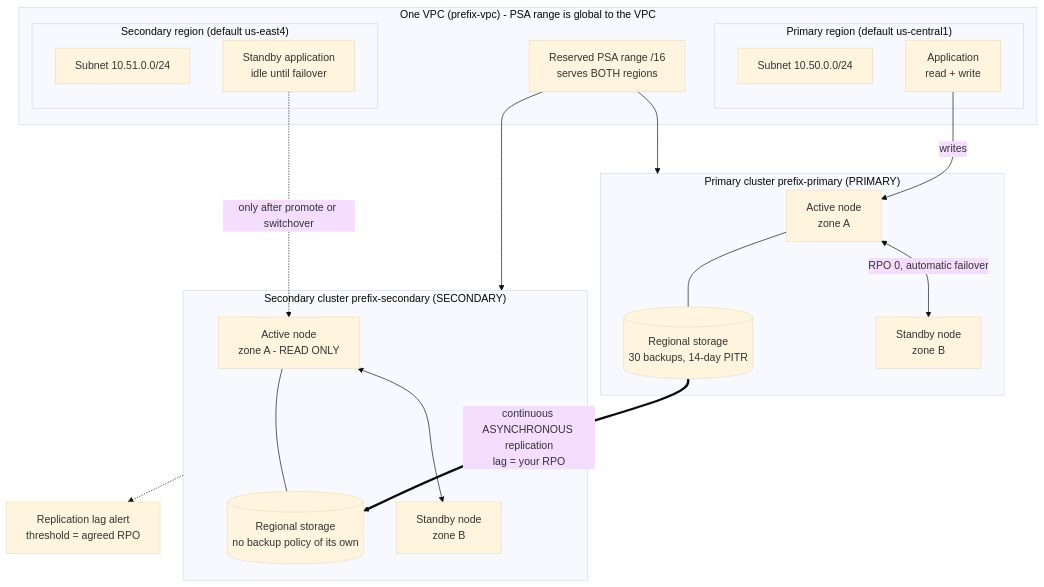
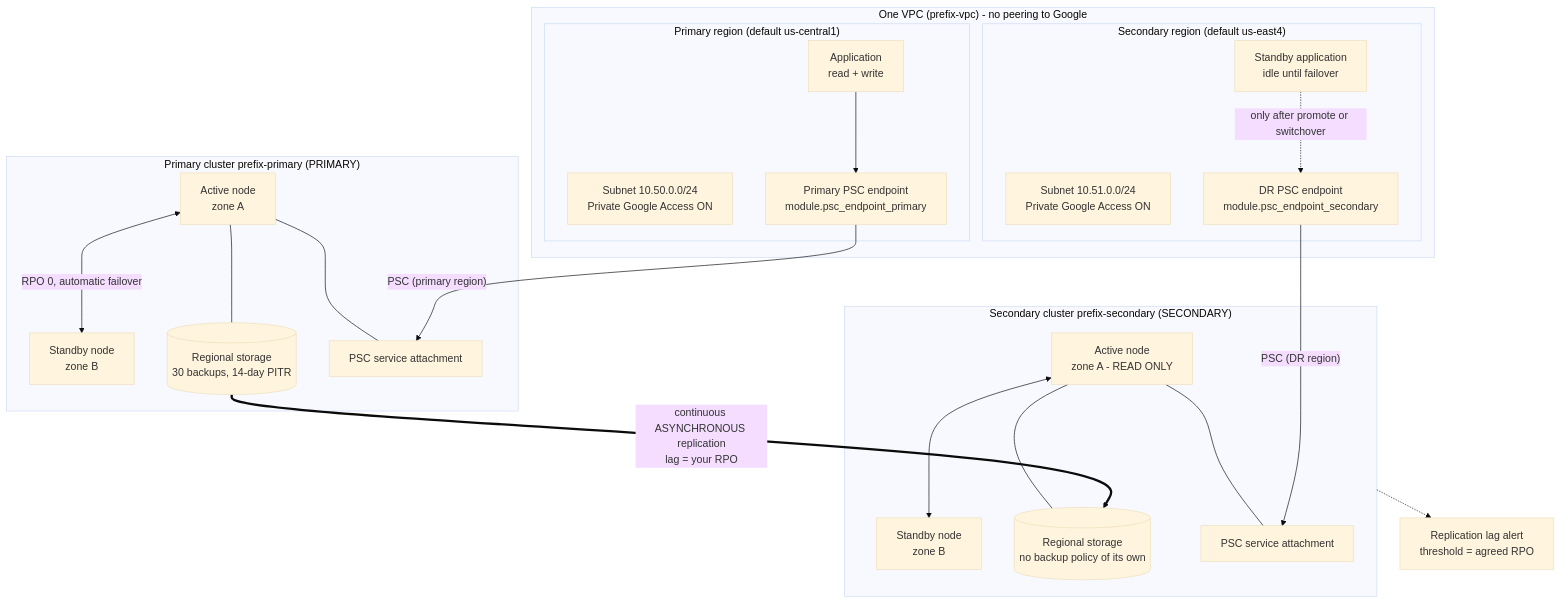
Before and after one commit to kkmbryan/alloydb-sharing-workshop: the diagram in terraform/examples/05-cross-region-dr/README.md, drawn with Mermaid (base theme). The commit also changed other lines of this file and 36 other files, not shown here.

First line of the commit message:
Standardise all Terraform examples and documentation on Private Service Connect

````diff
--- a/terraform/examples/05-cross-region-dr/README.md
+++ b/terraform/examples/05-cross-region-dr/README.md
@@ -54,39 +63,44 @@
 ```mermaid
 flowchart TB
-  subgraph vpc["One VPC (prefix-vpc) - PSA range is global to the VPC"]
+  subgraph vpc["One VPC (prefix-vpc) - no peering to Google"]
     subgraph r1["Primary region (default us-central1)"]
-      sub1["Subnet 10.50.0.0/24"]
+      sub1["Subnet 10.50.0.0/24<br/>Private Google Access ON"]
       app1["Application<br/>read + write"]
+      ep1["Primary PSC endpoint<br/>module.psc_endpoint_primary"]
+      app1 --> ep1
     end
     subgraph r2["Secondary region (default us-east4)"]
-      sub2["Subnet 10.51.0.0/24"]
+      sub2["Subnet 10.51.0.0/24<br/>Private Google Access ON"]
       app2["Standby application<br/>idle until failover"]
+      ep2["DR PSC endpoint<br/>module.psc_endpoint_secondary"]
+      app2 -.->|"only after promote or switchover"| ep2
     end
-    psa["Reserved PSA range /16<br/>serves BOTH regions"]
   end
 
   subgraph pc["Primary cluster prefix-primary (PRIMARY)"]
     pactive["Active node<br/>zone A"]
     pstandby["Standby node<br/>zone B"]
     pstore[("Regional storage<br/>30 backups, 14-day PITR")]
+    psa1["PSC service attachment"]
     pactive <-->|"RPO 0, automatic failover"| pstandby
     pactive --- pstore
+    pactive --- psa1
   end
 
   subgraph sc["Secondary cluster prefix-secondary (SECONDARY)"]
     sactive["Active node<br/>zone A - READ ONLY"]
     sstandby["Standby node<br/>zone B"]
     sstore[("Regional storage<br/>no backup policy of its own")]
+    psa2["PSC service attachment"]
     sactive <--> sstandby
     sactive --- sstore
+    sactive --- psa2
   end
 
-  app1 -->|"writes"| pactive
-  psa --> pc
-  psa --> sc
+  ep1 -->|"PSC (primary region)"| psa1
+  ep2 -->|"PSC (DR region)"| psa2
   pstore ==>|"continuous ASYNCHRONOUS replication<br/>lag = your RPO"| sstore
-  app2 -.->|"only after promote or switchover"| sactive
 
   lag["Replication lag alert<br/>threshold = agreed RPO"]
   sc -.-> lag
 ```
````
